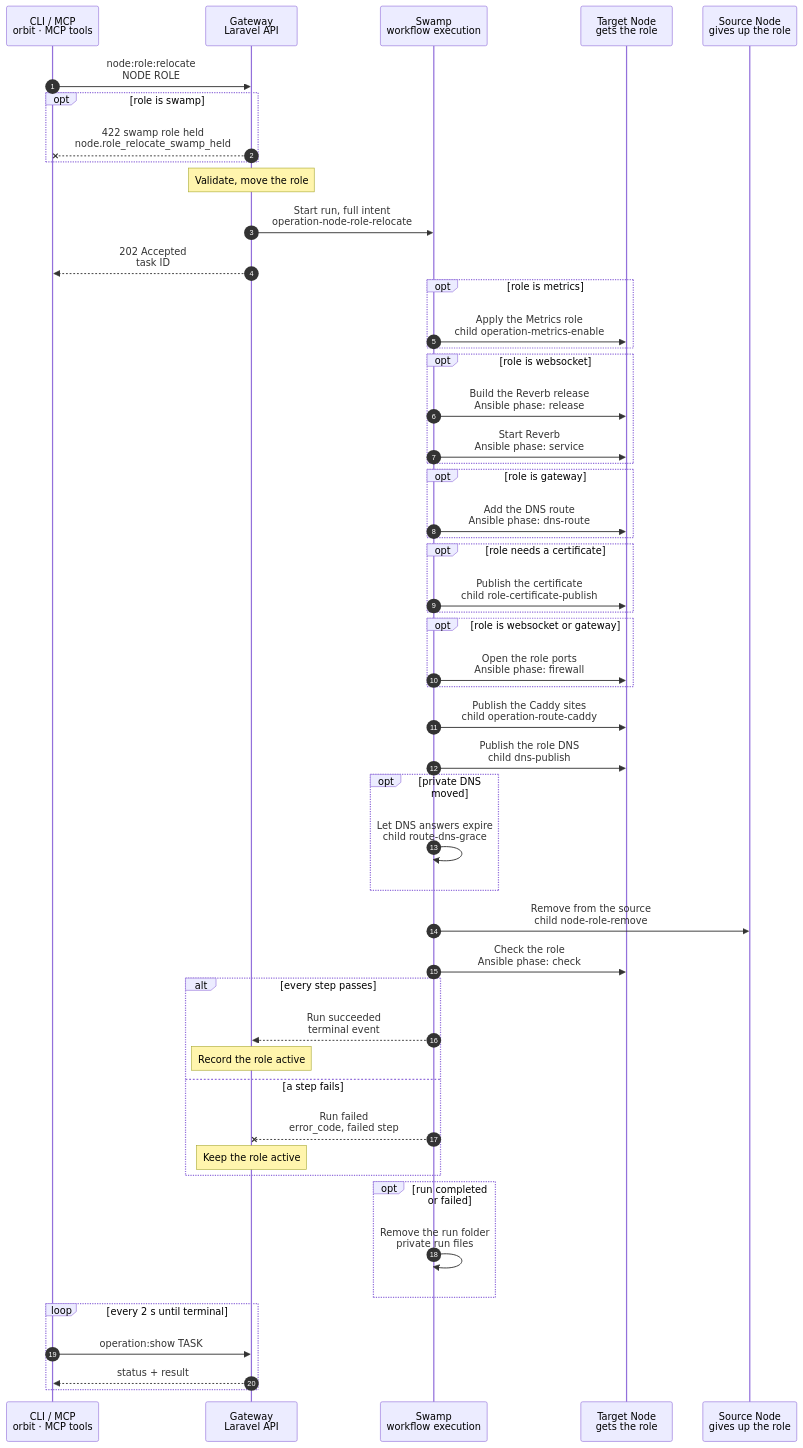
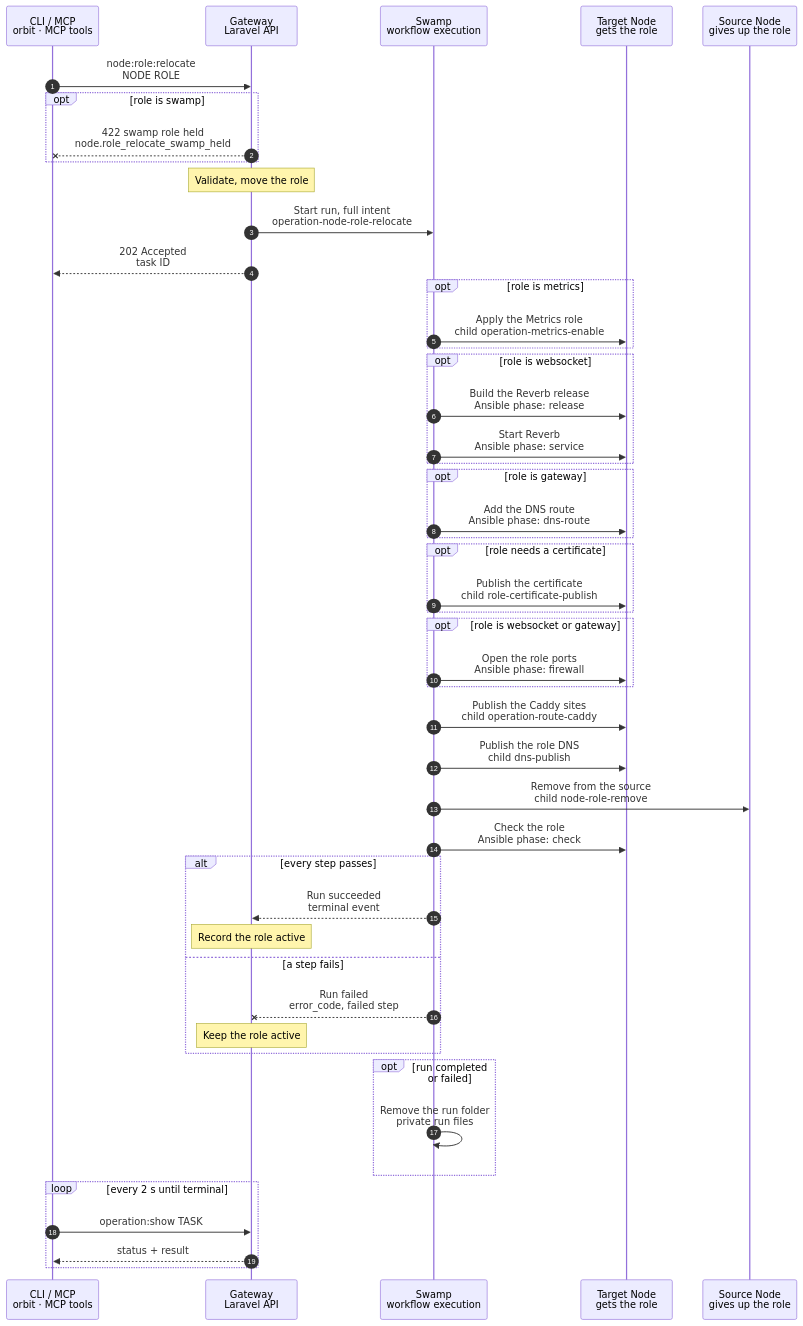
Before and after one commit to hardimpactdev/orbit: the diagram in docs/cli/node/role-relocate.mmd, drawn with Mermaid. The commit also changed 46 other files, not shown here.

Commit message:
fix(dns): retain uncertain selections and centralize the publication grace

```diff
--- a/docs/cli/node/role-relocate.mmd
+++ b/docs/cli/node/role-relocate.mmd
@@ -1,118 +1,115 @@
 sequenceDiagram
   %% Target design: ADR 0243/0244 task, one Swamp run, Ansible phases for idempotent Node state (rule 22), swamp refused at admission. docs/reference/node-provisioning.md#native-role-relocation.
   %% status: reviewed
   %% command: node:role:relocate
   %% kind: node.role_relocate
   autonumber
   %% lane CLI icon=terminal pill=caller tone=gray
   %% lane GW icon=gateway pill=intent tone=blue
   %% lane SW icon=workflow pill=executes tone=green
   %% lane N icon=server pill=target tone=amber
   %% lane S icon=server pill=target tone=purple
   participant CLI as CLI / MCP<br/>orbit · MCP tools
   participant GW as Gateway<br/>Laravel API
   participant SW as Swamp<br/>workflow execution
   participant N as Target Node<br/>gets the role
   participant S as Source Node<br/>gives up the role
   CLI->>GW: node:role:relocate<br/>NODE ROLE
   %%> Command:
   %%> - `orbit node:role:relocate NODE ROLE`
   %%> - syntax: `<node> <role> [--from=NODE] [--force] [--json]`
   %%> Input:
   %%> - the target Node and the role: `gateway`, `websocket` or `metrics`
   %%> - `--from` names the source; without it, the current holder is the source
   %%> Who can call it:
   %%> - the `orbit` CLI and the MCP tool send the same request
   opt role is swamp
     GW--xCLI: 422 swamp role held<br/>node.role_relocate_swamp_held
     %%> Why:
     %%> - serve on the Swamp Node runs every Swamp run, so a run cannot move it; nothing is recorded
   end
   Note over GW: Validate, move the role
   %%> Requirements:
   %%> - the calling Node has an access grant to the Gateway Node
   %%> - the target is active, has recorded SSH management and holds no conflicting role (`node.role_conflict`)
   %%> - the role is relocatable, assigned and `active` (or `failed` or `provisioning` in a retry), and `--from` owns the move
   %%> - consent: `--force`, or the CLI prompt, asked only after these checks pass
   %%> - one add, converge, remove or relocate Operation per target Node (`operation.target_busy`)
   %%> Builds:
   %%> - for `websocket`, the Reverb `APP_KEY` copied only when the target lacks one; for `metrics`, the role credentials the target lacks, without overwriting any; for `gateway`, the access grants to the `vpn` and `metrics` Nodes
   %%> Result:
   %%> - the assignment moves to the target and stays `active`, so the role is never out of service
   %%> - a task is recorded with the full intent
   GW->>SW: Start run, full intent<br/>operation-node-role-relocate
   GW-->>CLI: 202 Accepted<br/>task ID
   %%> What you get:
   %%> - the task ID, at once
   %%> Next:
   %%> - the CLI follows the task with `operation:show`
   opt role is metrics
     SW->>N: Apply the Metrics role<br/>child operation-metrics-enable
   end
   opt role is websocket
     SW->>N: Build the Reverb release<br/>Ansible phase: release
     %%> What it does:
     %%> - clones and checks out the Reverb ref as the Node's user, installs its packages, writes its private `.env` and unit, and switches the release link
     %%> - the target needs Git, PHP and Composer
     SW->>N: Start Reverb<br/>Ansible phase: service
     %%> What it does:
     %%> - enables and restarts the unit, then checks that Reverb answers on its port
   end
   opt role is gateway
     SW->>N: Add the DNS route<br/>Ansible phase: dns-route
     %%> Best effort:
     %%> - a failed route on the target reports `follow_up` and does not stop the move
   end
   opt role needs a certificate
     SW->>N: Publish the certificate<br/>child role-certificate-publish
   end
   opt role is websocket or gateway
     SW->>N: Open the role ports<br/>Ansible phase: firewall
     %%> What it does:
     %%> - opens the role's ports on the target and closes the retired ones
   end
   SW->>N: Publish the Caddy sites<br/>child operation-route-caddy
   %%> Order:
   %%> - the target serves before anything leaves the source; the source's sites are not published again
   SW->>N: Publish the role DNS<br/>child dns-publish
-  opt private DNS moved
-    SW->>SW: Let DNS answers expire<br/>child route-dns-grace
-    %%> Why:
-    %%> - clients that still hold the old answer keep working until it expires
-  end
+  %%> What it does:
+  %%> - the shared DNS publication owns the durable 31-second grace before source withdrawal, including its remaining wait on retry
   SW->>S: Remove from the source<br/>child node-role-remove
   %%> What it does:
   %%> - removes the role's runtime and publications from the source and forgets its settings there; for `gateway` it does not stop Caddy or PHP-FPM, so clients on the old address keep working
   %%> - for `metrics` it keeps the fleet exporters and the `metrics.orbit` name and certificate, which the moved role uses
   SW->>N: Check the role<br/>Ansible phase: check
   %%> What it does:
   %%> - the one end check: Reverb answers, the ports, sites and DNS are in place on the target
   alt every step passes
     SW-->>GW: Run succeeded<br/>terminal event
     %%> How the Gateway learns it:
     %%> - its shared run reader sees the terminal event; Swamp never calls the Gateway
     Note over GW: Record the role active
     %%> Result:
     %%> - the role is `active` on the target, and the task succeeds
     %%> Next:
     %%> - relocation does not reconcile Metrics; `follow_up` names the `node:role:add METRICS-NODE metrics --converge` command when a Metrics role exists and `websocket` or `gateway` moved
   else a step fails
     SW--xGW: Run failed<br/>error_code, failed step
     Note over GW: Keep the role active
     %%> Result:
     %%> - the role already belongs to the target and stays `active`; a demoted `gateway` role would lock the Gateway out of its own access checks
     %%> - the task fails with the step's own code, and the failed step stays on the Operation: `converge:STEP`, or `remove:Remove from the source` when the source removal failed
     %%> Who serves:
     %%> - after a target step failure the source still serves, because DNS moves after the target steps; after a source removal failure the target serves
     %%> On the Nodes:
     %%> - finished steps stay; there is no rollback
     %%> Retry:
     %%> - fix the cause and run the same command with `--from`; a cancelled or interrupted run leaves the claim `provisioning`, and the retry takes it over
   end
   opt run completed or failed
     SW->>SW: Remove the run folder<br/>private run files
   end
   loop every 2 s until terminal
     CLI->>GW: operation:show TASK
     GW-->>CLI: status + result
   end
```
